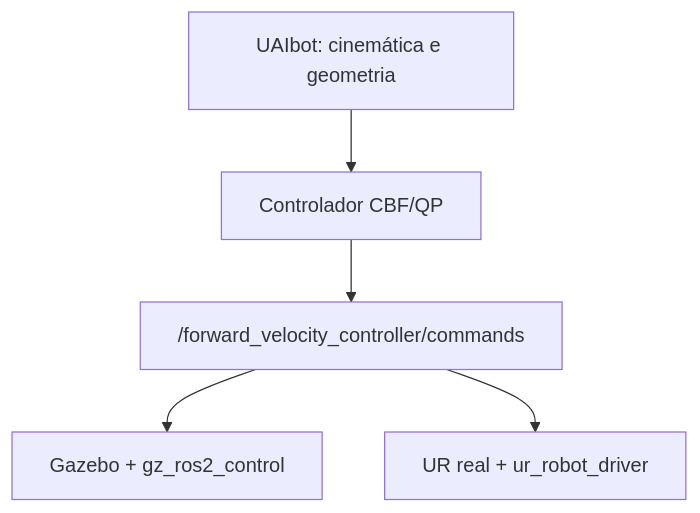
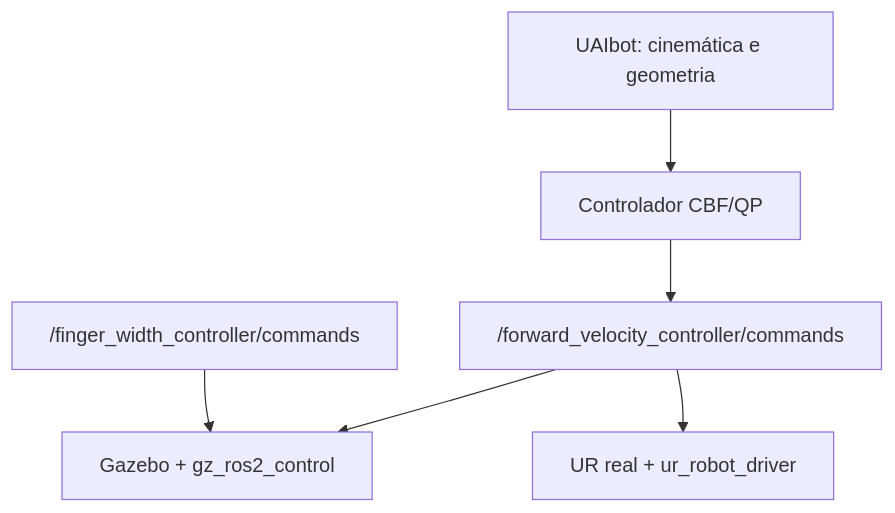
The diagram in README.md (cayoalmeida0/ur-task-space-cbf-ros2), drawn with Mermaid before and after one commit. The commit also changed other lines of this file and 18 other files, not shown here.

````diff
--- a/README.md
+++ b/README.md
@@ -18,7 +19,8 @@
 ```mermaid
 flowchart TD
     C["Controlador CBF/QP"] --> T["/forward_velocity_controller/commands"]
     T --> S["Gazebo + gz_ros2_control"]
     T --> R["UR real + ur_robot_driver"]
     G["UAIbot: cinemática e geometria"] --> C
+    H["/finger_width_controller/commands"] --> S
 ```
````
